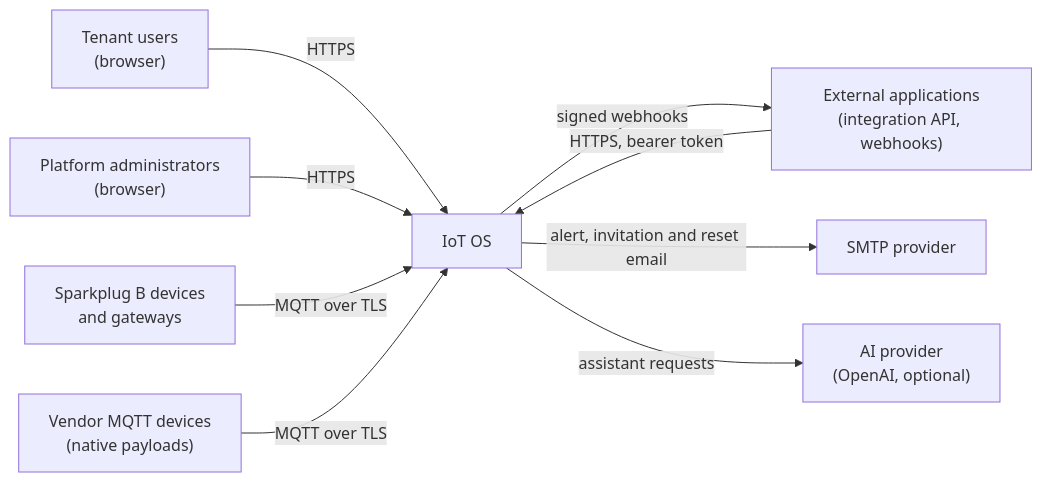
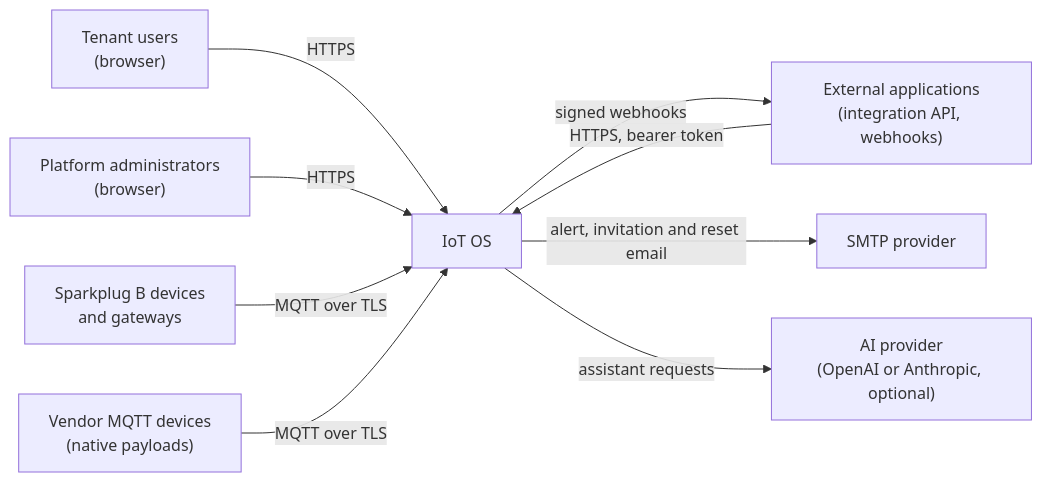
Before and after one commit to Elwids-tech/iot-os: the first of 3 diagrams in docs/architecture/overview.md, drawn with Mermaid. The commit also changed 44 other files, not shown here.

````diff
--- a/docs/architecture/overview.md
+++ b/docs/architecture/overview.md
@@ -46,20 +46,20 @@
 ```mermaid
 flowchart LR
     users["Tenant users<br/>(browser)"]
     admins["Platform administrators<br/>(browser)"]
     devices["Sparkplug B devices<br/>and gateways"]
     vendor["Vendor MQTT devices<br/>(native payloads)"]
     apps["External applications<br/>(integration API, webhooks)"]
     iot["IoT OS"]
     smtp["SMTP provider"]
-    ai["AI provider<br/>(OpenAI, optional)"]
+    ai["AI provider<br/>(OpenAI or Anthropic, optional)"]
 
     users -->|HTTPS| iot
     admins -->|HTTPS| iot
     devices -->|MQTT over TLS| iot
     vendor -->|MQTT over TLS| iot
     apps -->|HTTPS, bearer token| iot
     iot -->|signed webhooks| apps
     iot -->|alert, invitation and reset email| smtp
     iot -->|assistant requests| ai
 ```
````
